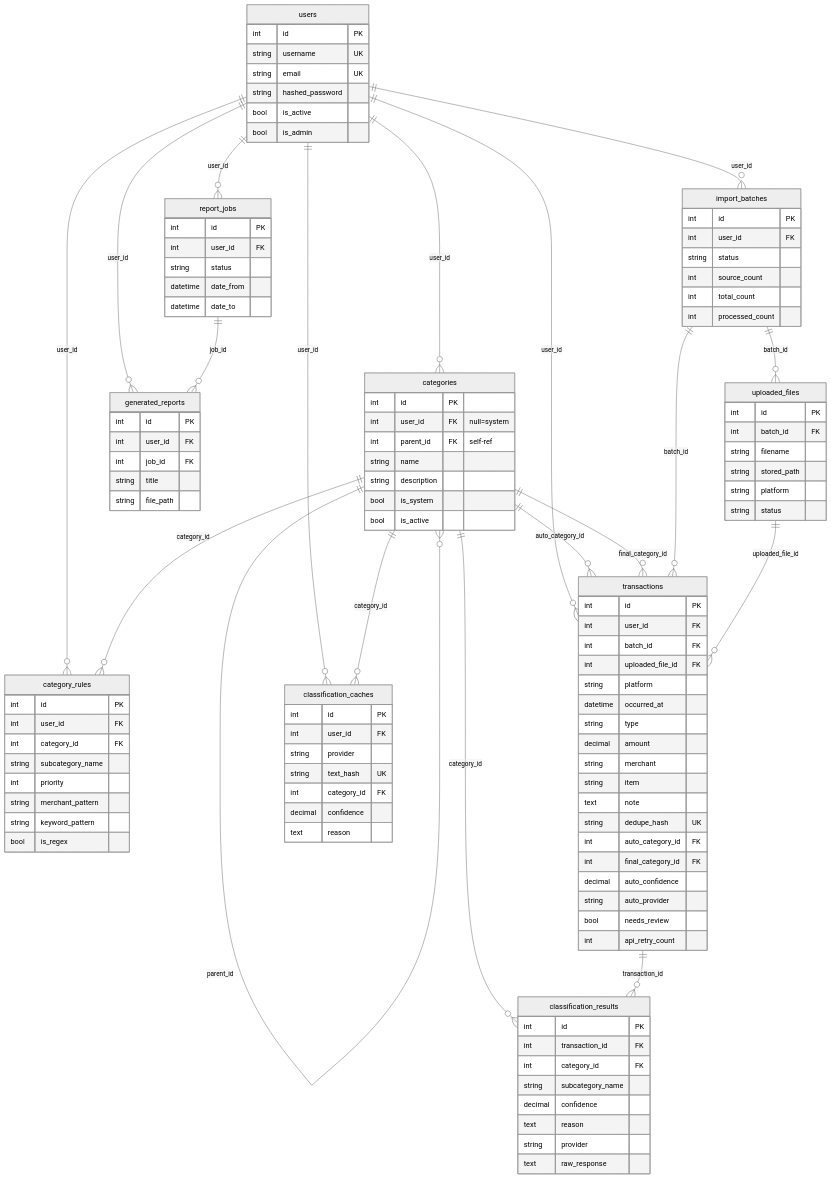
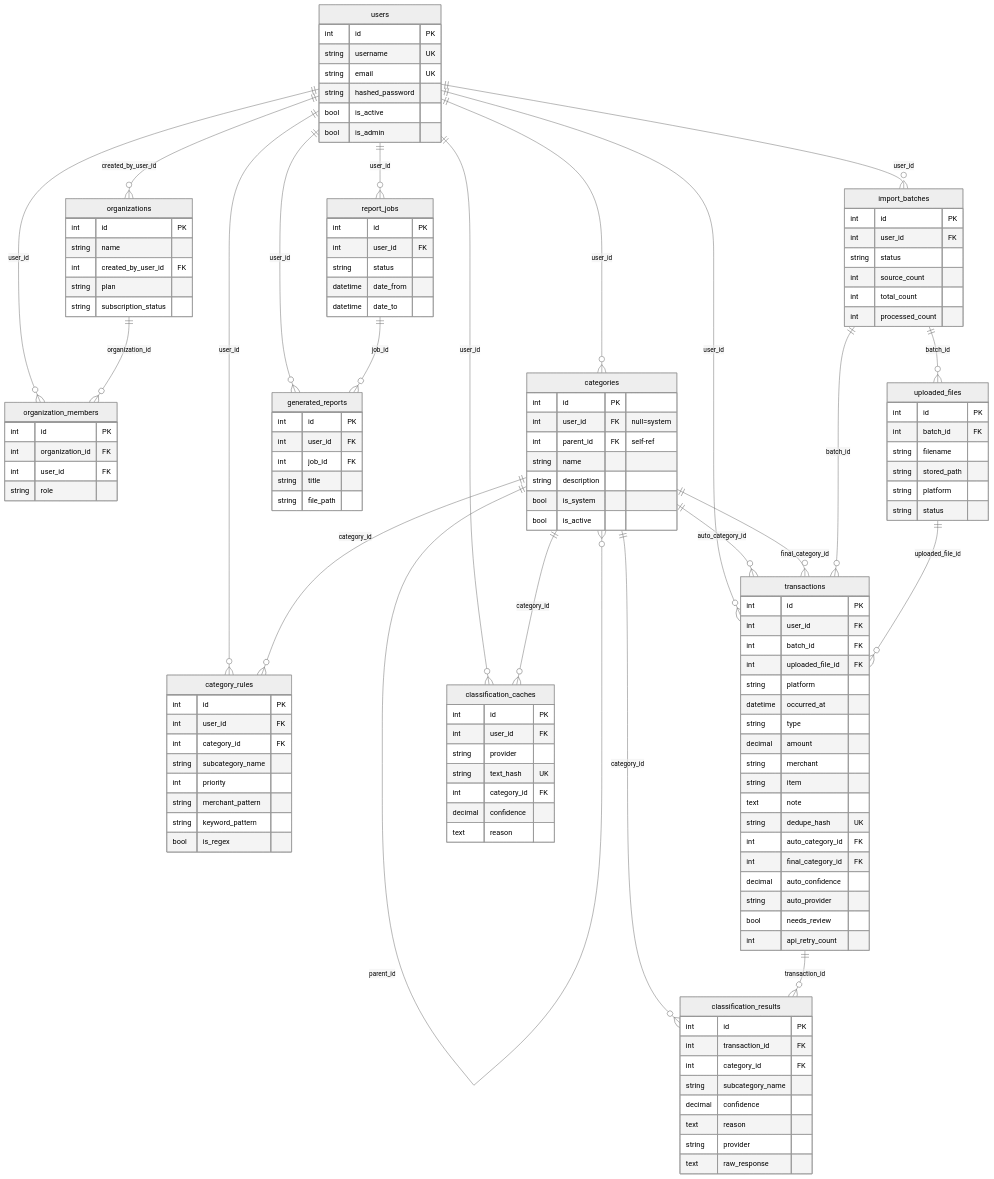
One commit to BoringZheng/Boring-Financial changed the second of 5 diagrams in docs/architecture.md. Above: the diagram before and after it, drawn with Mermaid (neutral theme). The commit also changed other lines of this file and 3 other files, not shown here.

````diff
--- a/docs/architecture.md
+++ b/docs/architecture.md
@@ -107,5 +113,8 @@
 ```mermaid
 erDiagram
+    users ||--o{ organizations : "created_by_user_id"
+    users ||--o{ organization_members : "user_id"
+    organizations ||--o{ organization_members : "organization_id"
     users ||--o{ categories : "user_id"
     users ||--o{ category_rules : "user_id"
     users ||--o{ import_batches : "user_id"
@@ -132,6 +141,21 @@
         string hashed_password
         bool is_active
         bool is_admin
+    }
+
+    organizations {
+        int id PK
+        string name
+        int created_by_user_id FK
+        string plan
+        string subscription_status
+    }
+
+    organization_members {
+        int id PK
+        int organization_id FK
+        int user_id FK
+        string role
     }
 
     categories {
````
